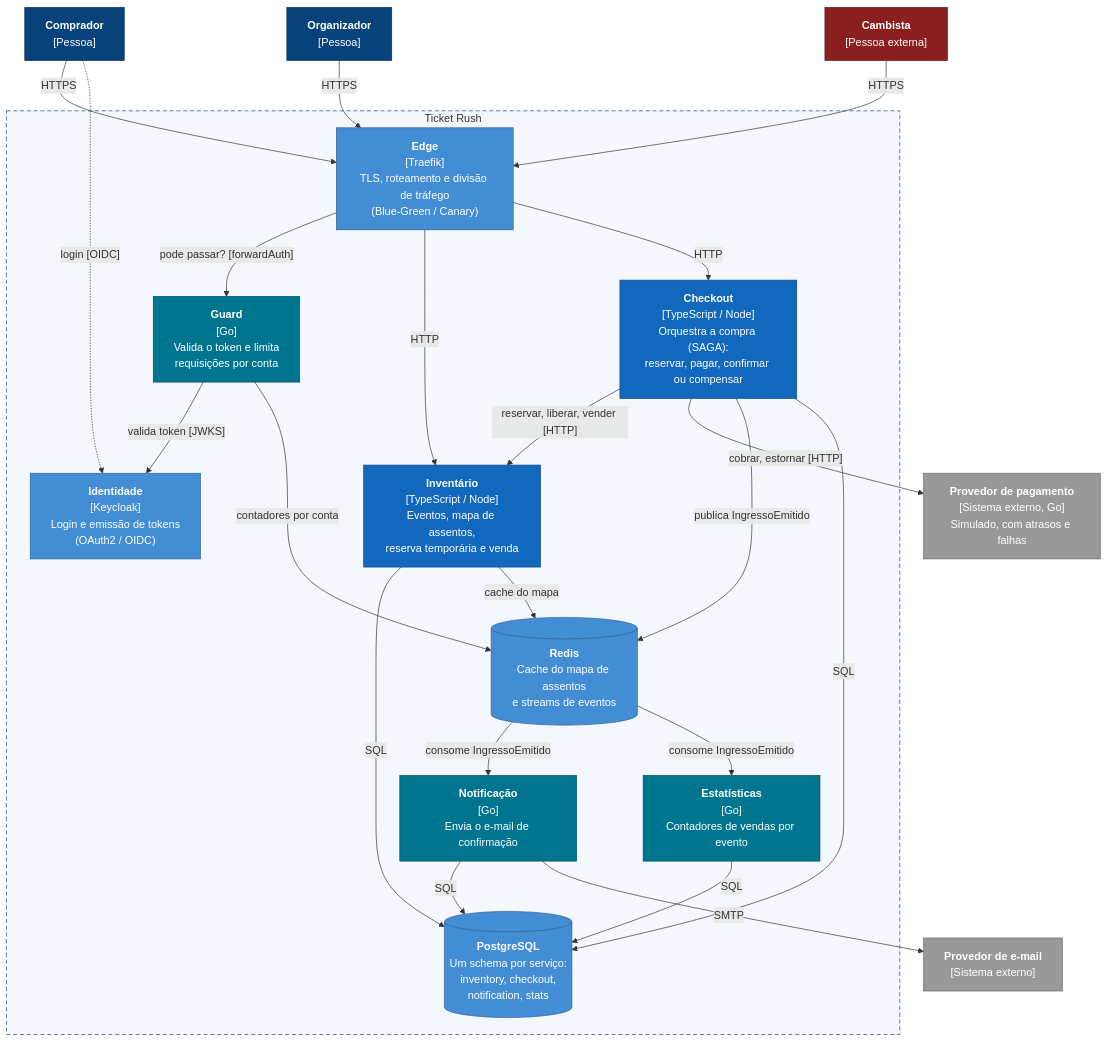
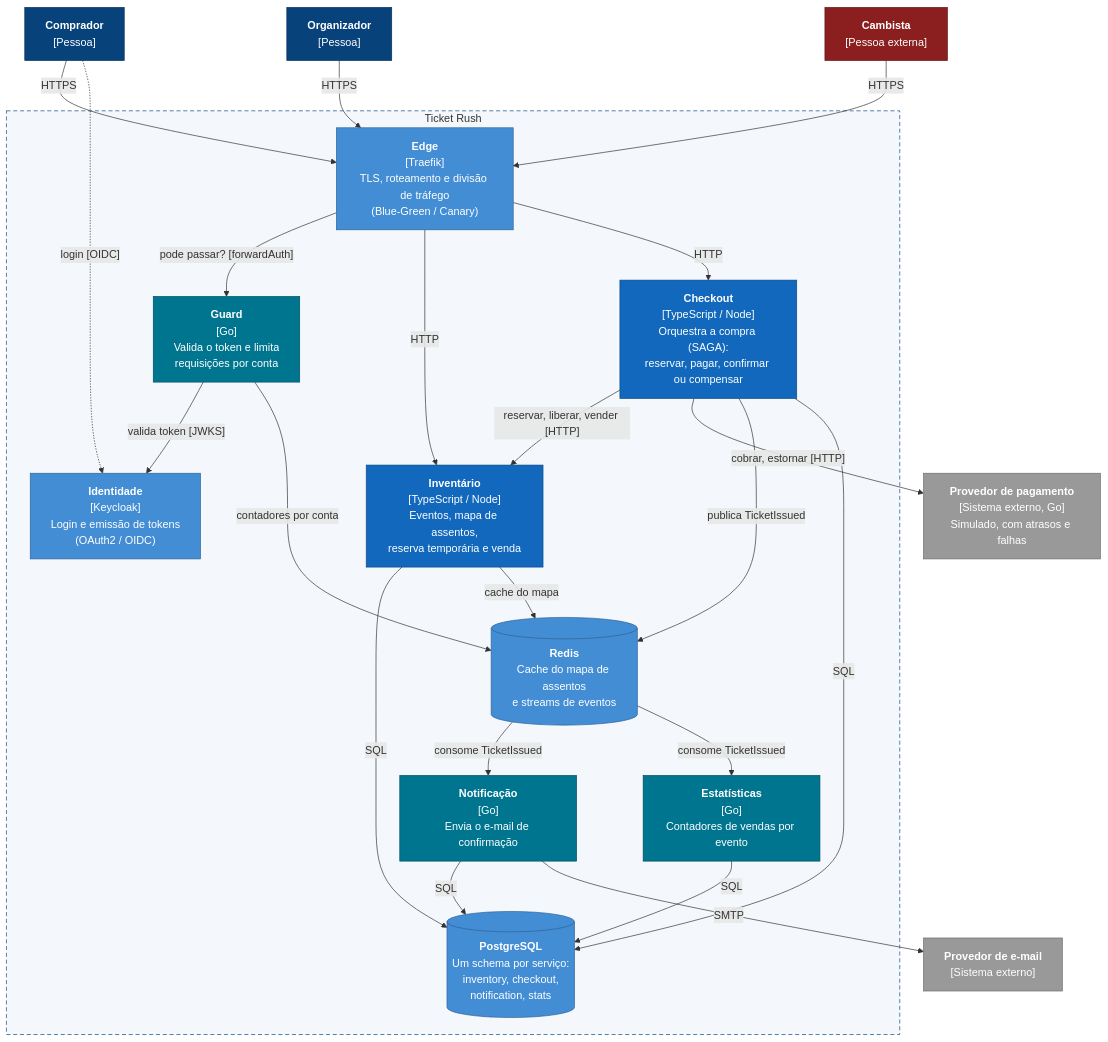
One commit to johancarloss/ticket-rush changed the diagram in README.md. Above: the diagram before and after it, drawn with Mermaid. The commit also changed 4 other files, not shown here.

````diff
--- a/README.md
+++ b/README.md
@@ -30,60 +30,60 @@
 ```mermaid
 flowchart TB
   buyer["<b>Comprador</b><br/>[Pessoa]"]
   organizer["<b>Organizador</b><br/>[Pessoa]"]
   scalper["<b>Cambista</b><br/>[Pessoa externa]"]
 
   subgraph tr ["Ticket Rush"]
     traefik["<b>Edge</b><br/>[Traefik]<br/>TLS, roteamento e divisão de tráfego<br/>(Blue-Green / Canary)"]
     guard["<b>Guard</b><br/>[Go]<br/>Valida o token e limita<br/>requisições por conta"]
     keycloak["<b>Identidade</b><br/>[Keycloak]<br/>Login e emissão de tokens<br/>(OAuth2 / OIDC)"]
     inventory["<b>Inventário</b><br/>[TypeScript / Node]<br/>Eventos, mapa de assentos,<br/>reserva temporária e venda"]
     checkout["<b>Checkout</b><br/>[TypeScript / Node]<br/>Orquestra a compra (SAGA):<br/>reservar, pagar, confirmar ou compensar"]
     notification["<b>Notificação</b><br/>[Go]<br/>Envia o e-mail de confirmação"]
     stats["<b>Estatísticas</b><br/>[Go]<br/>Contadores de vendas por evento"]
     postgres[("<b>PostgreSQL</b><br/>Um schema por serviço:<br/>inventory, checkout,<br/>notification, stats")]
     redis[("<b>Redis</b><br/>Cache do mapa de assentos<br/>e streams de eventos")]
   end
 
   payment["<b>Provedor de pagamento</b><br/>[Sistema externo, Go]<br/>Simulado, com atrasos e falhas"]
   email["<b>Provedor de e-mail</b><br/>[Sistema externo]"]
 
   buyer -- "HTTPS" --> traefik
   organizer -- "HTTPS" --> traefik
   scalper -- "HTTPS" --> traefik
   buyer -. "login [OIDC]" .-> keycloak
 
   traefik -- "pode passar? [forwardAuth]" --> guard
   guard -- "valida token [JWKS]" --> keycloak
   guard -- "contadores por conta" --> redis
   traefik -- "HTTP" --> inventory
   traefik -- "HTTP" --> checkout
 
   checkout -- "reservar, liberar, vender [HTTP]" --> inventory
   checkout -- "cobrar, estornar [HTTP]" --> payment
-  checkout -- "publica IngressoEmitido" --> redis
+  checkout -- "publica TicketIssued" --> redis
 
   inventory -- "SQL" --> postgres
   inventory -- "cache do mapa" --> redis
   checkout -- "SQL" --> postgres
 
-  redis -- "consome IngressoEmitido" --> notification
-  redis -- "consome IngressoEmitido" --> stats
+  redis -- "consome TicketIssued" --> notification
+  redis -- "consome TicketIssued" --> stats
   stats -- "SQL" --> postgres
   notification -- "SQL" --> postgres
   notification -- "SMTP" --> email
 
   classDef person fill:#08427b,stroke:#052e56,color:#fff
   classDef adversary fill:#8b1e1e,stroke:#5c1414,color:#fff
   classDef ts fill:#1168bd,stroke:#0b4884,color:#fff
   classDef go fill:#00758f,stroke:#004f61,color:#fff
   classDef infra fill:#438dd5,stroke:#2e6295,color:#fff
   classDef external fill:#999,stroke:#6b6b6b,color:#fff
   class buyer,organizer person
   class scalper adversary
   class inventory,checkout ts
   class guard,notification,stats go
   class traefik,keycloak,postgres,redis infra
   class payment,email external
   style tr fill:#f4f8fc,stroke:#0b4884,stroke-dasharray: 6 4
 ```
````
